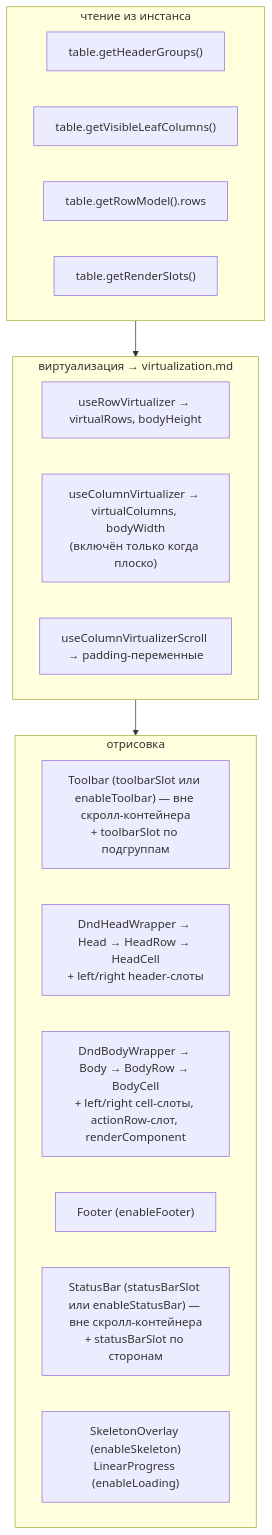
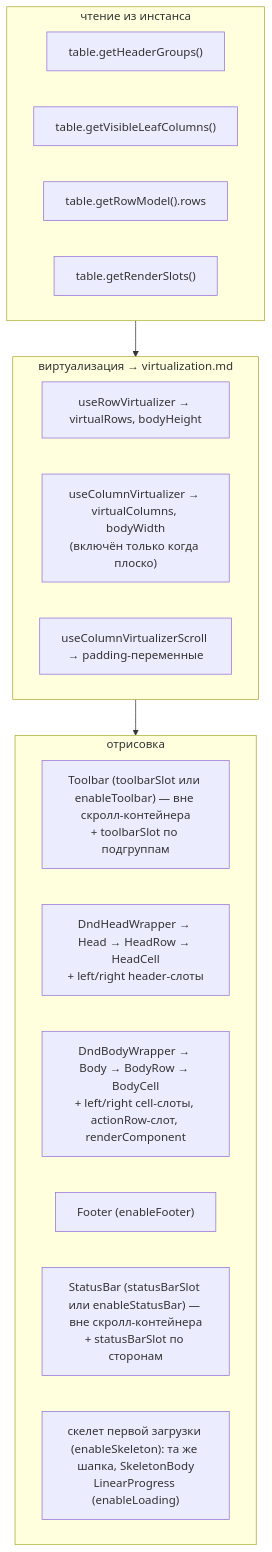
Before and after one commit to tessera-grid/tessera: the third of 3 diagrams in docs/architecture/rendering.md, drawn with Mermaid. The commit also changed other lines of this file and 32 other files, not shown here.

First line of the commit message:
feat(grid): скелет первой загрузки по раскладке грида (ADR 0060, SL1–SL15)

````diff
--- a/docs/architecture/rendering.md
+++ b/docs/architecture/rendering.md
@@ -81,26 +81,26 @@
 ```mermaid
 flowchart TB
     subgraph read["чтение из инстанса"]
         HGS["table.getHeaderGroups()"]
         LC["table.getVisibleLeafColumns()"]
         RM["table.getRowModel().rows"]
         SLOTS["table.getRenderSlots()"]
     end
 
     subgraph virt["виртуализация → virtualization.md"]
         RV["useRowVirtualizer → virtualRows, bodyHeight"]
         CV["useColumnVirtualizer → virtualColumns, bodyWidth<br/>(включён только когда плоско)"]
         PAD["useColumnVirtualizerScroll → padding-переменные"]
     end
 
     subgraph paint["отрисовка"]
         TB["Toolbar (toolbarSlot или enableToolbar) — вне скролл-контейнера<br/>+ toolbarSlot по подгруппам"]
         HEAD["DndHeadWrapper → Head → HeadRow → HeadCell<br/>+ left/right header-слоты"]
         BODY["DndBodyWrapper → Body → BodyRow → BodyCell<br/>+ left/right cell-слоты, actionRow-слот, renderComponent"]
         FOOT["Footer (enableFooter)"]
         SB["StatusBar (statusBarSlot или enableStatusBar) — вне скролл-контейнера<br/>+ statusBarSlot по сторонам"]
-        SK["SkeletonOverlay (enableSkeleton)<br/>LinearProgress (enableLoading)"]
+        SK["скелет первой загрузки (enableSkeleton): та же шапка, SkeletonBody<br/>LinearProgress (enableLoading)"]
     end
 
     read --> virt --> paint
 ```
````
